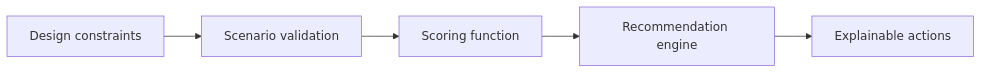
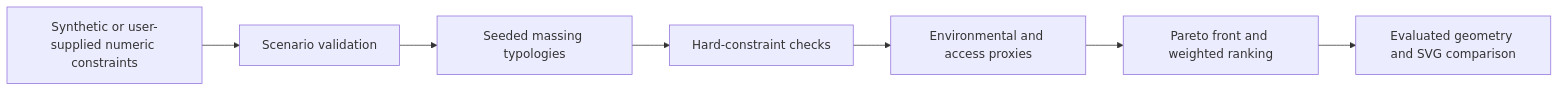
One commit to josiahsutd-stack/ai-portfolio changed the sixth of 8 diagrams in docs/architecture-diagrams.md. Above: the diagram before and after it, drawn with Mermaid. The commit also changed other lines of this file and 42 other files, not shown here.

Commit message:
Build constraint-aware massing explorer

````diff
--- a/docs/architecture-diagrams.md
+++ b/docs/architecture-diagrams.md
@@ -64,7 +64,9 @@
 ```mermaid
 flowchart LR
-  A["Design constraints"] --> B["Scenario validation"]
-  B --> C["Scoring function"]
-  C --> D["Recommendation engine"]
-  D --> E["Explainable actions"]
+  A["Synthetic or user-supplied numeric constraints"] --> B["Scenario validation"]
+  B --> C["Seeded massing typologies"]
+  C --> D["Hard-constraint checks"]
+  D --> E["Environmental and access proxies"]
+  E --> F["Pareto front and weighted ranking"]
+  F --> G["Evaluated geometry and SVG comparison"]
 ```
````
